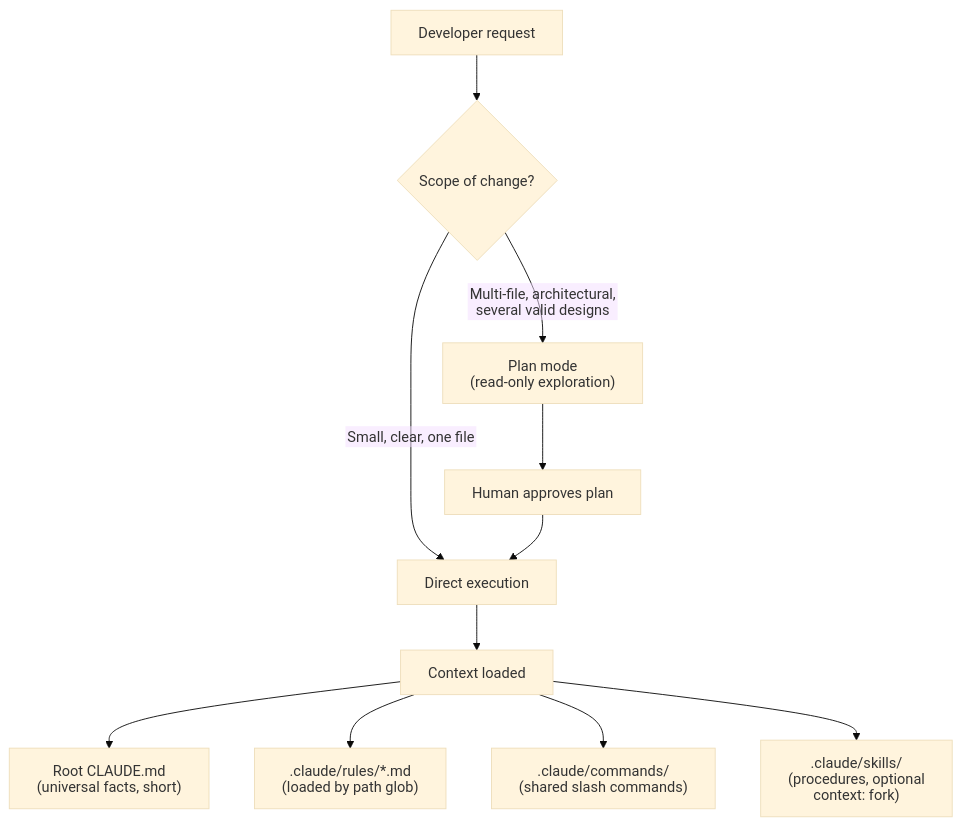
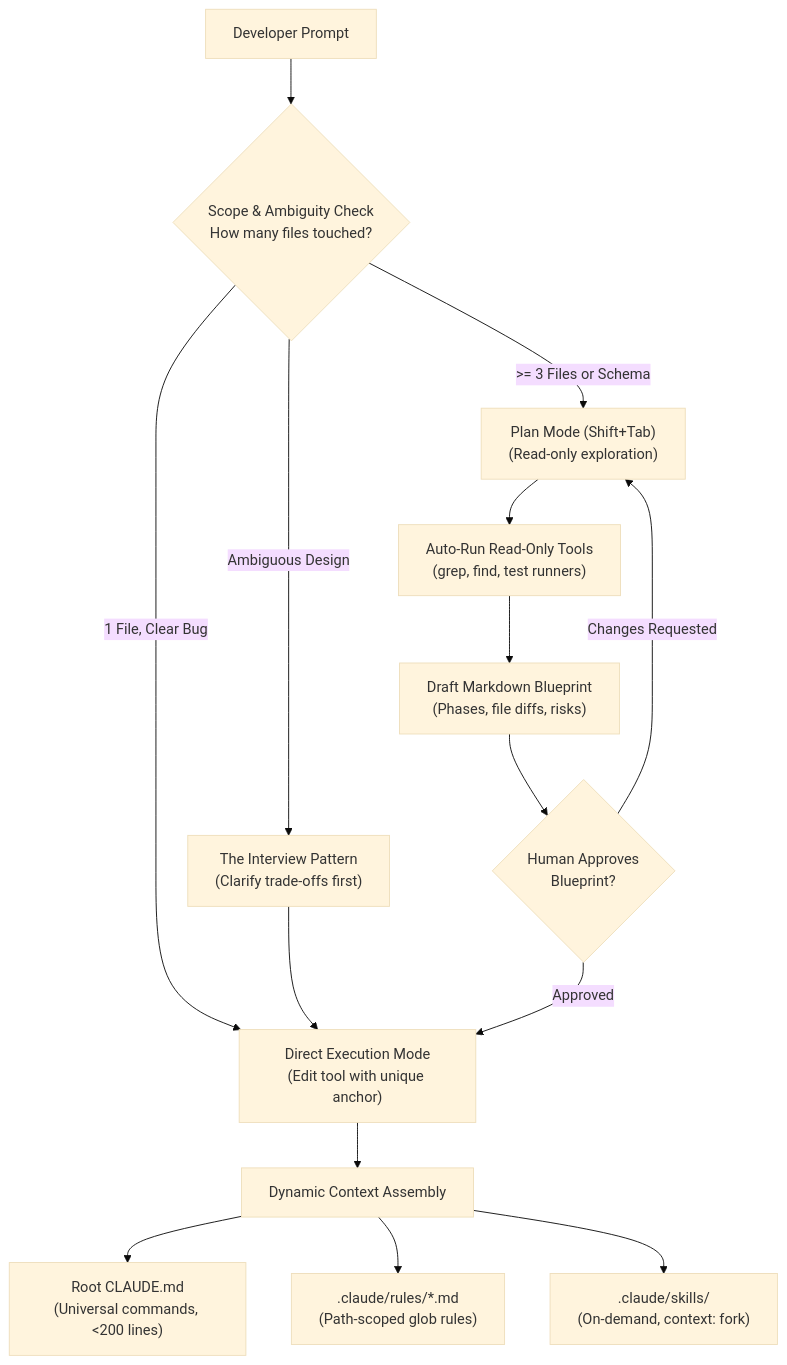
The first of 2 diagrams in scenarios/scenario_2_code_generation/SCENARIO_GUIDE.md (dip4k/claude_cert_architect_foundation_prep), drawn with Mermaid (base theme) before and after one commit. The commit also changed other lines of this file and 99 other files, not shown here.

````diff
--- a/scenarios/scenario_2_code_generation/SCENARIO_GUIDE.md
+++ b/scenarios/scenario_2_code_generation/SCENARIO_GUIDE.md
@@ -18,17 +20,21 @@
 ```mermaid
----
-config:
-  htmlLabels: false
----
 flowchart TD
-    Dev["Developer request"] --> Mode{"Scope of change?"}
-    Mode -->|"Small, clear, one file"| Direct["Direct execution"]
-    Mode -->|"Multi-file, architectural,<br>several valid designs"| Plan["Plan mode<br>(read-only exploration)"]
-    Plan --> Review["Human approves plan"]
-    Review --> Direct
-    Direct --> Ctx["Context loaded"]
-    Ctx --> Root["Root CLAUDE.md<br>(universal facts, short)"]
-    Ctx --> Rules[".claude/rules/*.md<br>(loaded by path glob)"]
-    Ctx --> Cmd[".claude/commands/<br>(shared slash commands)"]
-    Ctx --> Skill[".claude/skills/<br>(procedures, optional context: fork)"]
+    Dev["Developer Prompt"] --> Scope{"Scope & Ambiguity Check<br>How many files touched?"}
+
+    Scope -->|"1 File, Clear Bug"| Direct["Direct Execution Mode<br>(Edit tool with unique anchor)"]
+    Scope -->|">= 3 Files or Schema"| Plan["Plan Mode (Shift+Tab)<br>(Read-only exploration)"]
+    Scope -->|"Ambiguous Design"| Interview["The Interview Pattern<br>(Clarify trade-offs first)"]
+
+    Interview --> Direct
+
+    Plan --> Auto["Auto-Run Read-Only Tools<br>(grep, find, test runners)"]
+    Auto --> Blueprint["Draft Markdown Blueprint<br>(Phases, file diffs, risks)"]
+    Blueprint --> Review{"Human Approves<br>Blueprint?"}
+    Review -->|"Approved"| Direct
+    Review -->|"Changes Requested"| Plan
+
+    Direct --> Ctx["Dynamic Context Assembly"]
+    Ctx --> Root["Root CLAUDE.md<br>(Universal commands, <200 lines)"]
+    Ctx --> Rules[".claude/rules/*.md<br>(Path-scoped glob rules)"]
+    Ctx --> Skills[".claude/skills/<br>(On-demand, context: fork)"]
 ```
````
